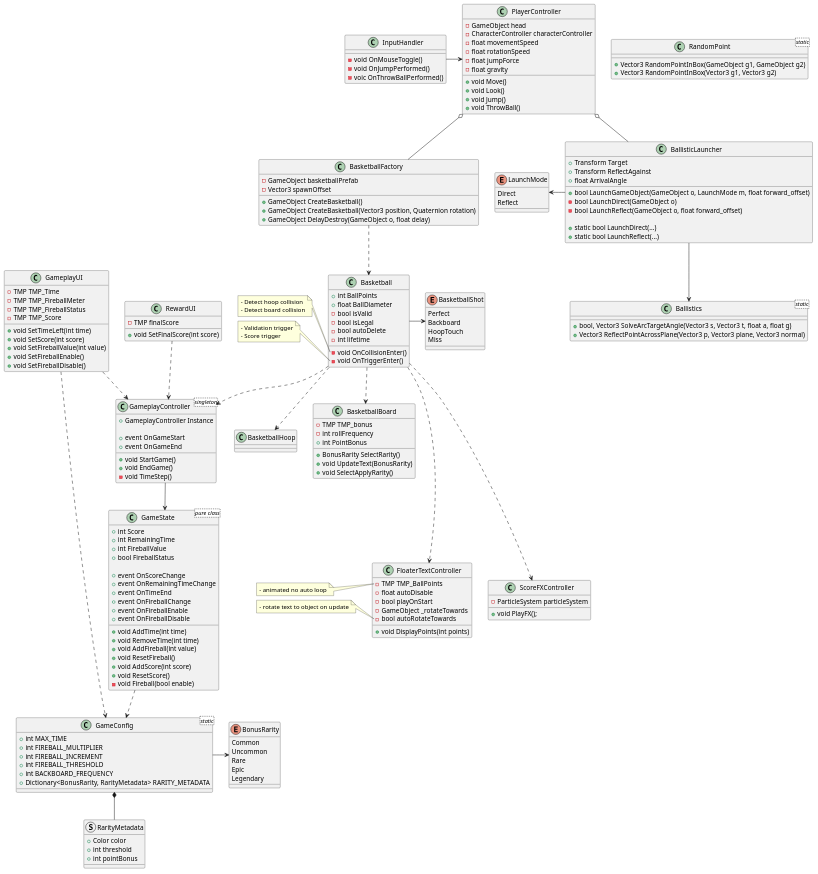
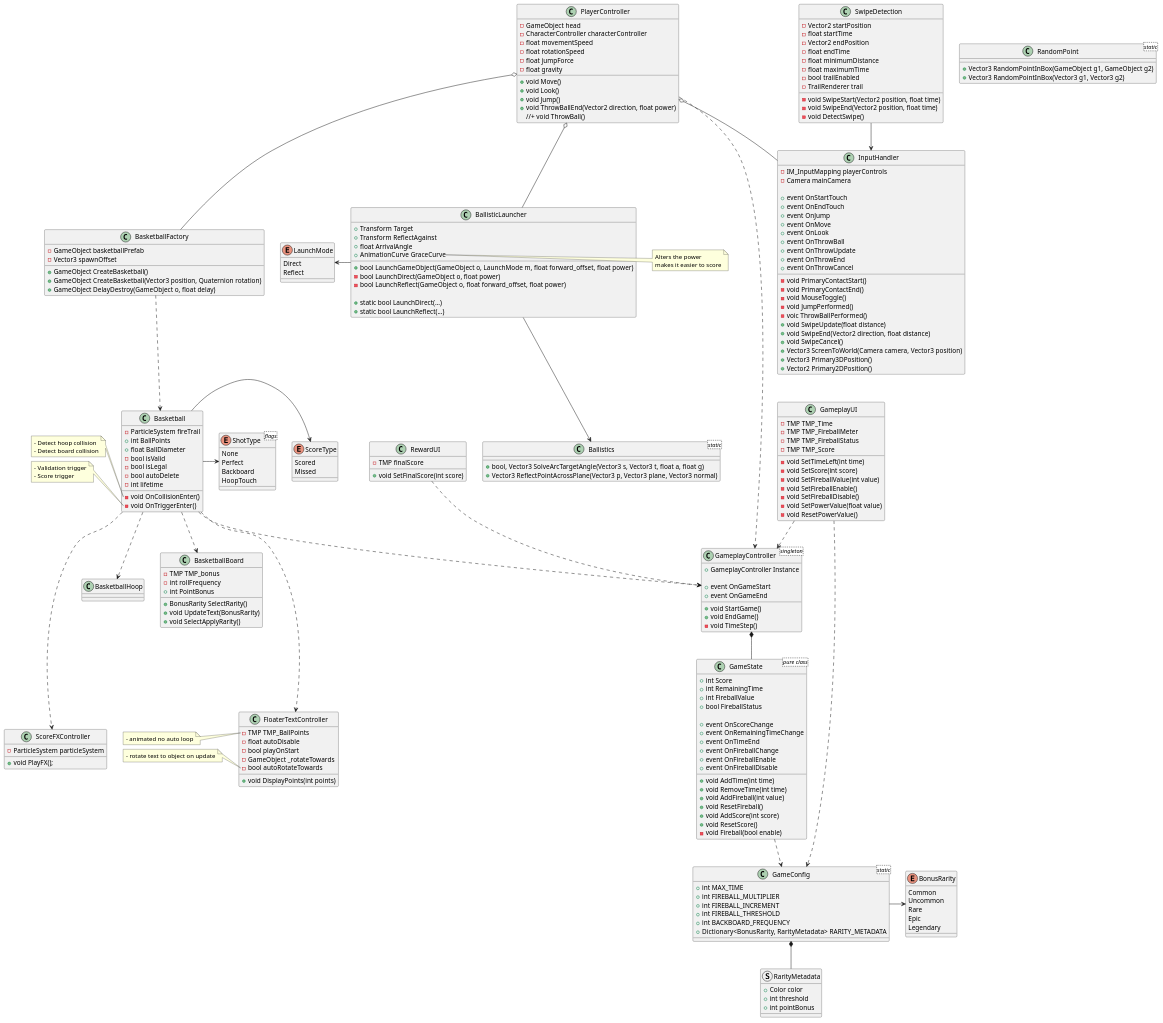
One commit to ItsAuro/grzegorz.mikulski.basket-challenge changed the diagram in Docs/ApplicationDiagram.puml. Above: the diagram before and after it, drawn with PlantUML. The commit also changed 9 other files, not shown here.

```diff
--- a/Docs/ApplicationDiagram.puml
+++ b/Docs/ApplicationDiagram.puml
@@ -28,11 +28,15 @@
   + Vector3 RandomPointInBox(Vector3 g1, Vector3 g2)
   
 }
-enum BasketballShot{
+enum "ShotType<flags>" as ShotType{
+  None
   Perfect
   Backboard
   HoopTouch
-  Miss
+}
+enum ScoreType{
+  Scored
+  Missed
 }
 
 
@@ -71,9 +75,44 @@
 
 'PLAYER CLASSES'
 class InputHandler{
-  - void OnMouseToggle()
-  - void OnJumpPerformed()
-  - voic OnThrowBallPerformed()
+  - IM_InputMapping playerControls
+  - Camera mainCamera
+
+  + event OnStartTouch
+  + event OnEndTouch
+  + event OnJump
+  + event OnMove
+  + event OnLook
+  + event OnThrowBall
+  + event OnThrowUpdate
+  + event OnThrowEnd
+  + event OnThrowCancel
+
+  - void PrimaryContactStart()
+  - void PrimaryContactEnd()
+  - void MouseToggle()
+  - void JumpPerformed()
+  - voic ThrowBallPerformed()
+  + void SwipeUpdate(float distance)
+  + void SwipeEnd(Vector2 direction, float distance)
+  + void SwipeCancel()
+  + Vector3 ScreenToWorld(Camera camera, Vector3 position)
+  + Vector3 Primary3DPosition()
+  + Vector2 Primary2DPosition()
+}
+class SwipeDetection{
+  - Vector2 startPosition
+  - float startTime
+  - Vector2 endPosition
+  - float endTime
+  - float minimumDistance
+  - float maximumTime
+  - bool trailEnabled
+  - TrailRenderer trail
+  
+  - void SwipeStart(Vector2 position, float time)
+  - void SwipeEnd(Vector2 position, float time)
+  - void DetectSwipe()
 }
 class PlayerController{
   - GameObject head
@@ -86,7 +125,8 @@
   + void Move()
   + void Look()
   + void Jump()
-  + void ThrowBall()
+  + void ThrowBallEnd(Vector2 direction, float power)
+  //+ void ThrowBall()
 }
 
 'UI ELEMENTS'
@@ -96,11 +136,14 @@
   - TMP TMP_FireballStatus
   - TMP TMP_Score
   
-  + void SetTimeLeft(int time)
-  + void SetScore(int score)
-  + void SetFireballValue(int value)
-  + void SetFireballEnable()
-  + void SetFireballDisable()
+  - void SetTimeLeft(int time)
+  - void SetScore(int score)
+  - void SetFireballValue(int value)
+  - void SetFireballEnable()
+  - void SetFireballDisable()
+  - void SetPowerValue(float value)
+  - void ResetPowerValue()
+  
 }
 class RewardUI{
   - TMP finalScore
@@ -154,19 +197,25 @@
   + Transform Target
   + Transform ReflectAgainst
   + float ArrivalAngle
+  + AnimationCurve GraceCurve
   
-  + bool LaunchGameObject(GameObject o, LaunchMode m, float forward_offset)
-  - bool LaunchDirect(GameObject o)
-  - bool LaunchReflect(GameObject o, float forward_offset)
+  + bool LaunchGameObject(GameObject o, LaunchMode m, float forward_offset, float power)
+  - bool LaunchDirect(GameObject o, float power)
+  - bool LaunchReflect(GameObject o, float forward_offset, float power)
   
   + static bool LaunchDirect(...)
   + static bool LaunchReflect(...)
 }
+note right of BallisticLauncher::GraceCurve
+Alters the power
+makes it easier to score
+end note
 enum LaunchMode {
   Direct
   Reflect
 }
 class Basketball{
+  - ParticleSystem fireTrail
   + int BallPoints
   + float BallDiameter
   - bool isValid
@@ -194,11 +243,16 @@
 
 
 
-InputHandler -> PlayerController
+
 PlayerController o-- BasketballFactory
 PlayerController o-- BallisticLauncher
+PlayerController o-- InputHandler
 
-GameplayController --> GameState
+PlayerController ..> GameplayController
+
+SwipeDetection --> InputHandler
+
+GameplayController *-- GameState
 GameState ..> GameConfig
 GameConfig -> BonusRarity
 GameConfig *-- RarityMetadata
@@ -212,7 +266,8 @@
 Basketball ..> BasketballHoop
 Basketball ..> BasketballBoard
 Basketball ..> GameplayController
-Basketball -> BasketballShot
+Basketball -> ShotType
+Basketball -> ScoreType
 Basketball ...> FloaterTextController
 Basketball ...> ScoreFXController
 
```
